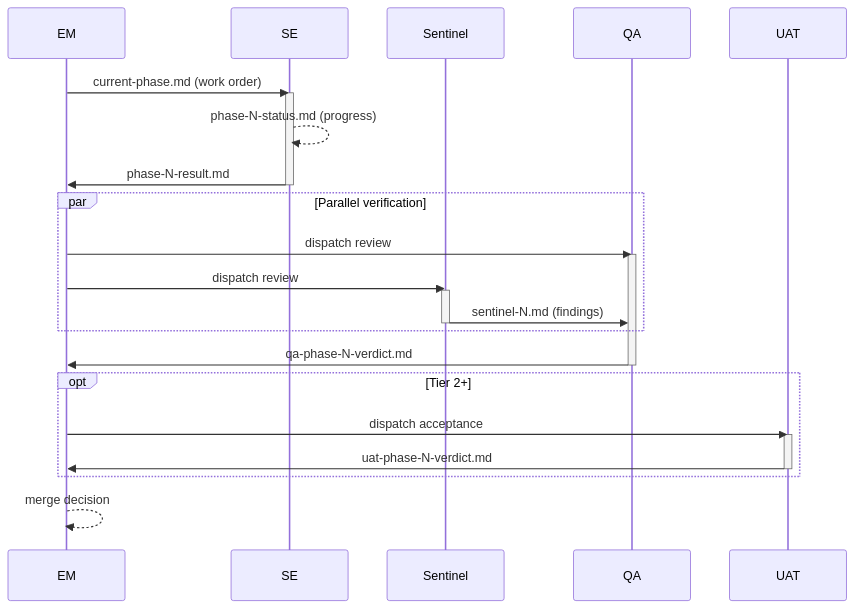
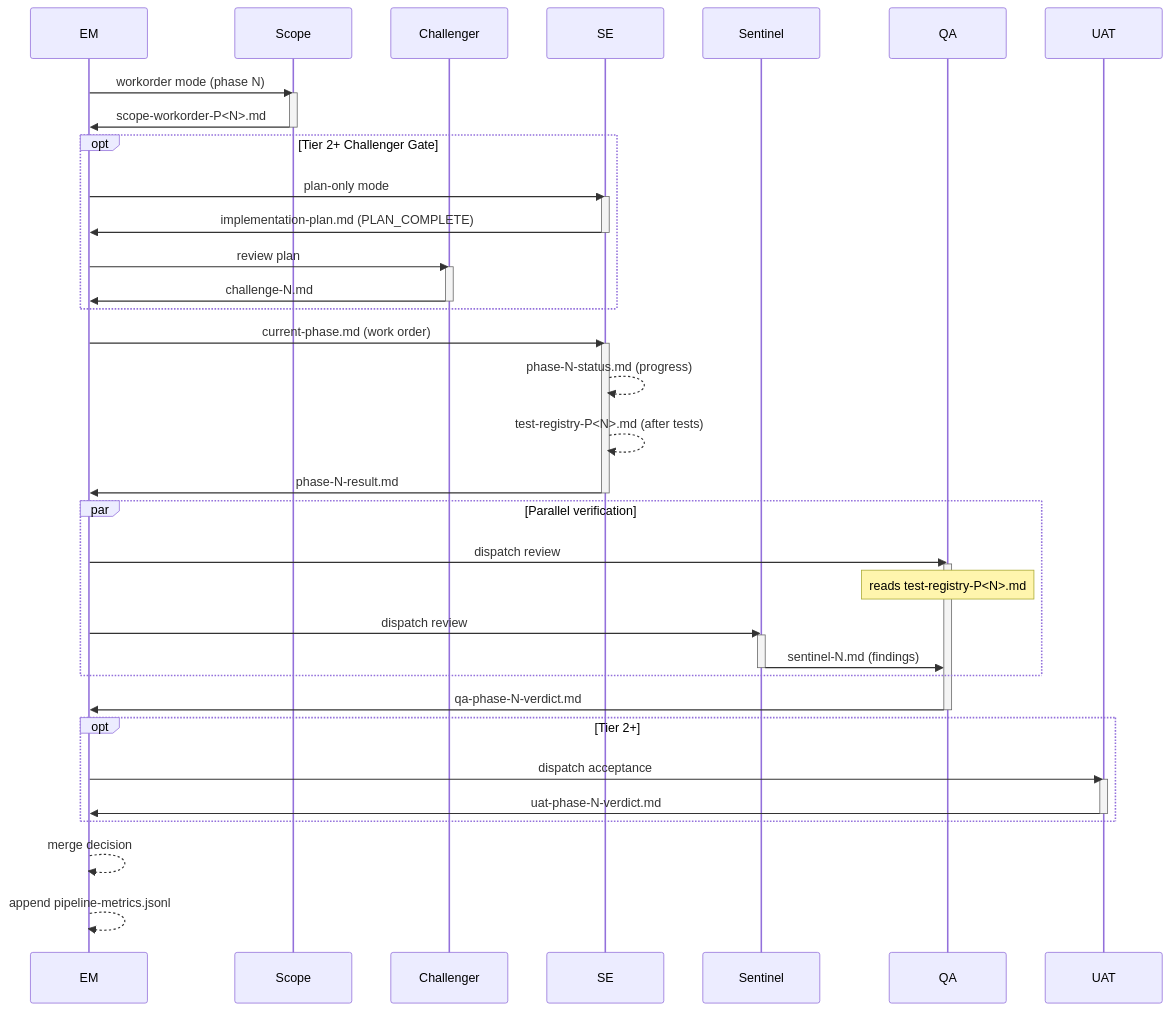
One commit to rfxn/rdf changed the eighth of 8 diagrams in reference/diagrams.md. Above: the diagram before and after it, drawn with Mermaid. The commit also changed other lines of this file and 11 other files, not shown here.

````diff
--- a/reference/diagrams.md
+++ b/reference/diagrams.md
@@ -340,35 +362,56 @@
 ```mermaid
 sequenceDiagram
     participant EM
+    participant Scope
+    participant Challenger
     participant SE
     participant Sentinel
     participant QA
     participant UAT
 
+    EM->>Scope: workorder mode (phase N)
+    activate Scope
+    Scope->>EM: scope-workorder-P<N>.md
+    deactivate Scope
+
+    opt Tier 2+ Challenger Gate
+        EM->>SE: plan-only mode
+        activate SE
+        SE->>EM: implementation-plan.md (PLAN_COMPLETE)
+        deactivate SE
+        EM->>Challenger: review plan
+        activate Challenger
+        Challenger->>EM: challenge-N.md
+        deactivate Challenger
+    end
+
     EM->>SE: current-phase.md (work order)
     activate SE
     SE-->>SE: phase-N-status.md (progress)
+    SE-->>SE: test-registry-P<N>.md (after tests)
     SE->>EM: phase-N-result.md
     deactivate SE
 
     par Parallel verification
         EM->>QA: dispatch review
         activate QA
+        Note over QA: reads test-registry-P<N>.md
         EM->>Sentinel: dispatch review
         activate Sentinel
         Sentinel->>QA: sentinel-N.md (findings)
         deactivate Sentinel
     end
 
     QA->>EM: qa-phase-N-verdict.md
     deactivate QA
 
     opt Tier 2+
         EM->>UAT: dispatch acceptance
         activate UAT
         UAT->>EM: uat-phase-N-verdict.md
         deactivate UAT
     end
 
     EM-->>EM: merge decision
+    EM-->>EM: append pipeline-metrics.jsonl
 ```
````
